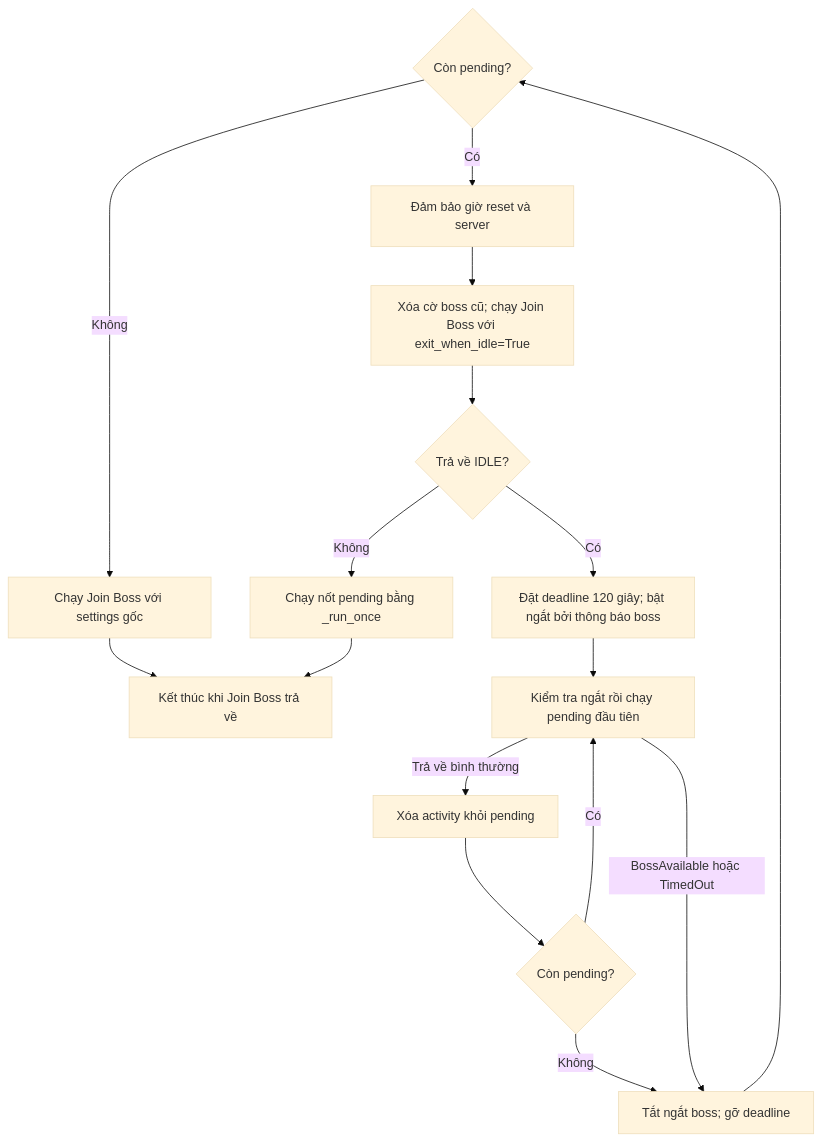
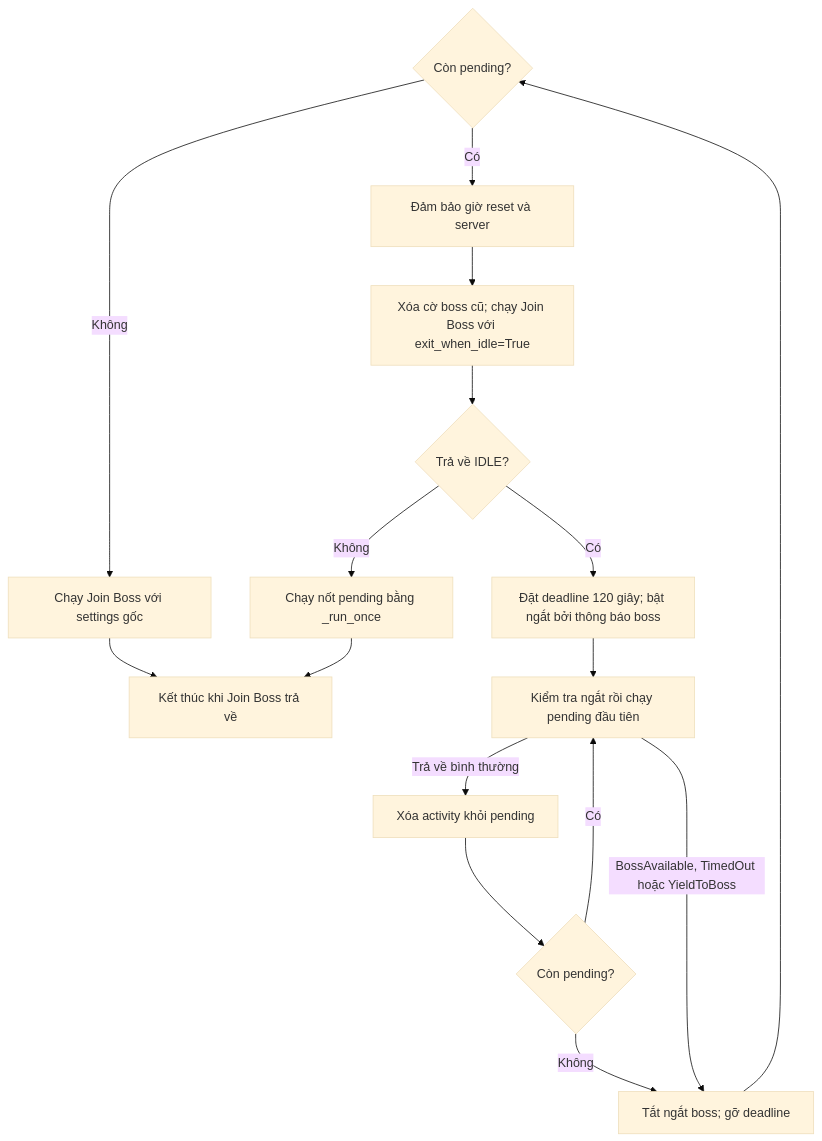
The third of 5 diagrams in bot/worker/FLOW.md (Hoangkz/EvonyBot), drawn with Mermaid (base theme) before and after one commit. The commit also changed other lines of this file and 77 other files, not shown here.

````diff
--- a/bot/worker/FLOW.md
+++ b/bot/worker/FLOW.md
@@ -74,18 +74,18 @@
 ```mermaid
 flowchart TD
     A{Còn pending?} -->|Không| B[Chạy Join Boss với settings gốc]
     B --> Z[Kết thúc khi Join Boss trả về]
     A -->|Có| C[Đảm bảo giờ reset và server]
     C --> D[Xóa cờ boss cũ; chạy Join Boss với exit_when_idle=True]
     D --> E{Trả về IDLE?}
     E -->|Không| F[Chạy nốt pending bằng _run_once]
     F --> Z
     E -->|Có| G[Đặt deadline 120 giây; bật ngắt bởi thông báo boss]
     G --> H[Kiểm tra ngắt rồi chạy pending đầu tiên]
     H -->|Trả về bình thường| I[Xóa activity khỏi pending]
     I --> J{Còn pending?}
     J -->|Có| H
     J -->|Không| K[Tắt ngắt boss; gỡ deadline]
-    H -->|BossAvailable hoặc TimedOut| K
+    H -->|BossAvailable, TimedOut hoặc YieldToBoss| K
     K --> A
 ```
````
